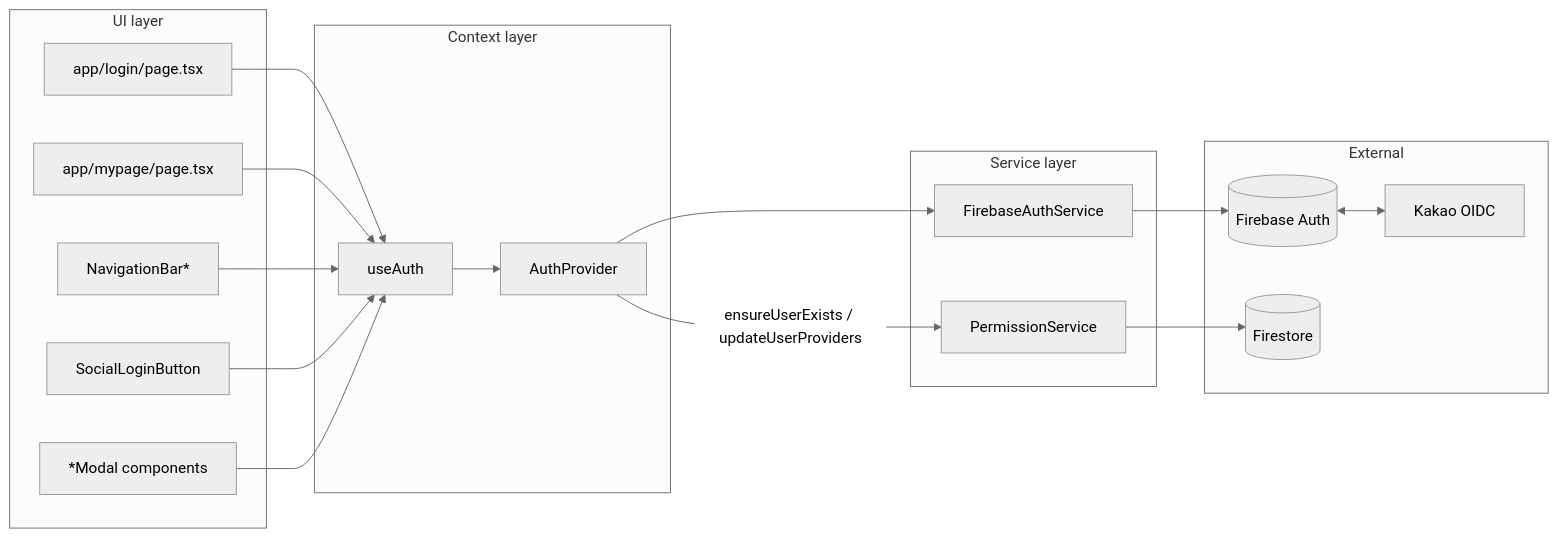
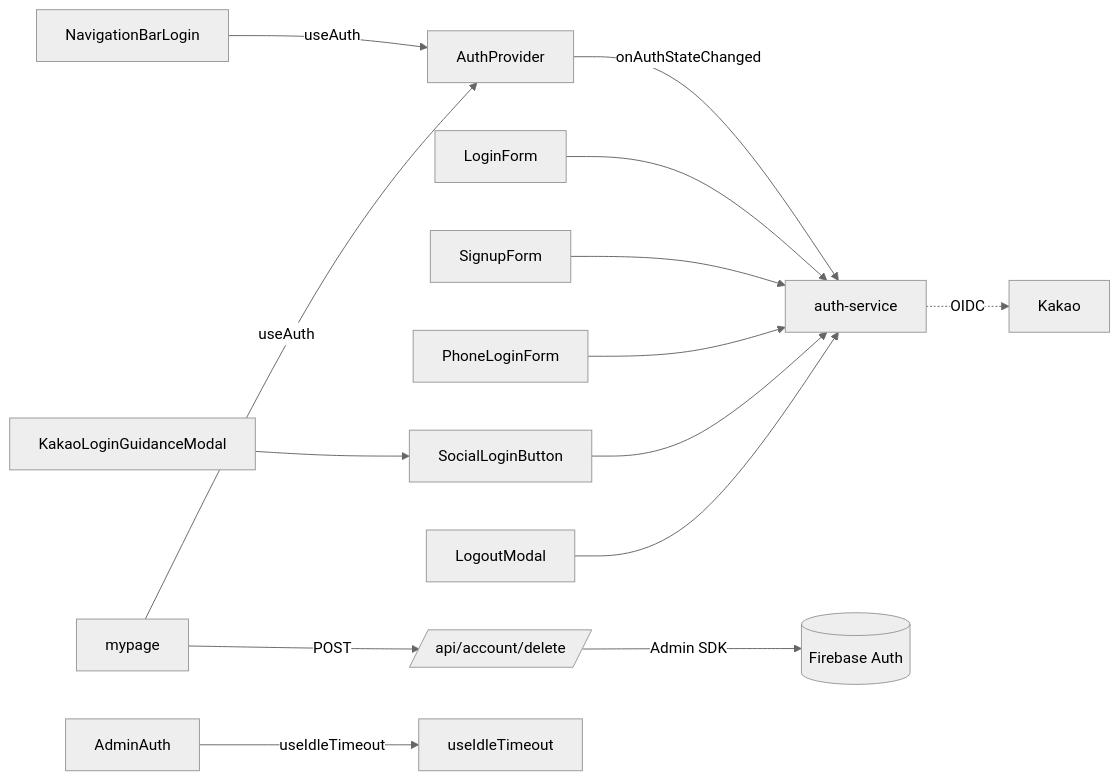
Before and after one commit to wwolfyy/mohocat: the third of 3 diagrams in docs/codebase/authentication.md, drawn with Mermaid (neutral theme). The commit also changed other lines of this file and 12 other files, not shown here.

````diff
--- a/docs/codebase/authentication.md
+++ b/docs/codebase/authentication.md
@@ -91,38 +76,16 @@
 ```mermaid
 graph LR
-    subgraph UI[UI layer]
-        LoginPage[app/login/page.tsx]
-        MyPage[app/mypage/page.tsx]
-        Nav[NavigationBar*]
-        SocialBtn[SocialLoginButton]
-        Modals[*Modal components]
-    end
-
-    subgraph Context[Context layer]
-        Provider[AuthProvider]
-        UseAuth[useAuth]
-    end
-
-    subgraph Service[Service layer]
-        AuthSvc[FirebaseAuthService]
-        PermSvc[PermissionService]
-    end
-
-    subgraph External[External]
-        FbAuth[(Firebase Auth)]
-        Kakao[Kakao OIDC]
-        Firestore[(Firestore)]
-    end
-
-    LoginPage --> UseAuth
-    MyPage --> UseAuth
-    Nav --> UseAuth
-    SocialBtn --> UseAuth
-    Modals --> UseAuth
-    UseAuth --> Provider
-    Provider --> AuthSvc
-    Provider -->|ensureUserExists / updateUserProviders| PermSvc
-    AuthSvc --> FbAuth
-    FbAuth <--> Kakao
-    PermSvc --> Firestore
+    AuthProvider -->|onAuthStateChanged| AuthSvc[auth-service]
+    LoginForm --> AuthSvc
+    SignupForm --> AuthSvc
+    PhoneLoginForm --> AuthSvc
+    SocialLoginButton --> AuthSvc
+    KakaoModal[KakaoLoginGuidanceModal] --> SocialLoginButton
+    NavLogin[NavigationBarLogin] -->|useAuth| AuthProvider
+    LogoutModal --> AuthSvc
+    MyPage[mypage] -->|useAuth| AuthProvider
+    MyPage -->|POST| DeleteAPI[/api/account/delete/]
+    AdminAuth -->|useIdleTimeout| Idle[useIdleTimeout]
+    AuthSvc -.->|OIDC| Kakao[Kakao]
+    DeleteAPI -->|Admin SDK| FBAuth[(Firebase Auth)]
 ```
````
